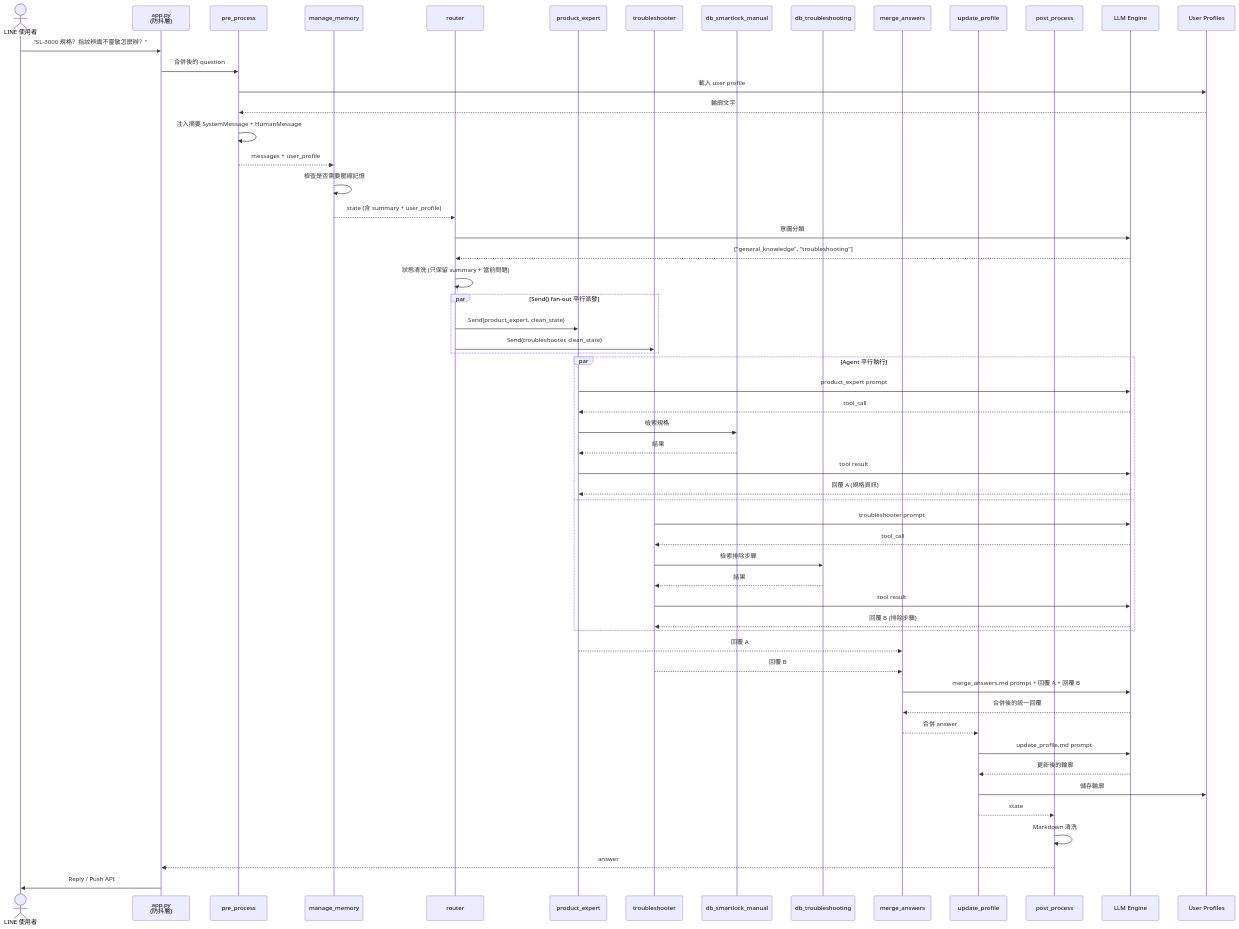
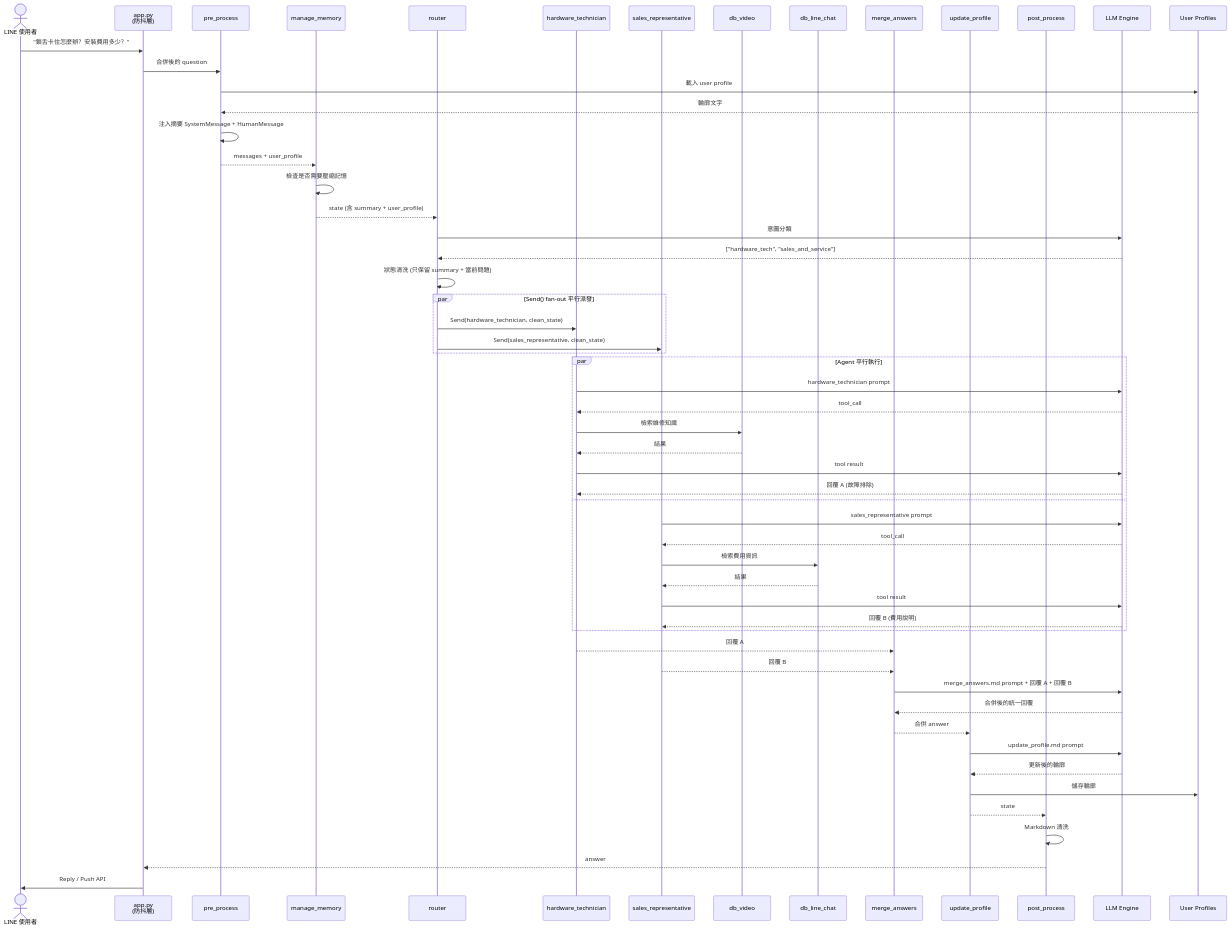
The third of 5 diagrams in docs/manuals/系統架構與流程圖.md (Imding1211/lock_AI_Agent), drawn with Mermaid before and after one commit. The commit also changed other lines of this file and 6 other files, not shown here.

First line of the commit message:
feat: DOWNLOAD_CARD 顯示檔案名稱 + 架構圖同步更新至現行 Agent 配置

````diff
--- a/docs/manuals/系統架構與流程圖.md
+++ b/docs/manuals/系統架構與流程圖.md
@@ -259,69 +265,69 @@
 ```mermaid
 sequenceDiagram
     actor User as LINE 使用者
     participant App as app.py<br/>(防抖層)
     participant PP as pre_process
     participant MM as manage_memory
     participant RT as router
-    participant PE as product_expert
-    participant TS as troubleshooter
-    participant Tool_PE as db_smartlock_manual
-    participant Tool_TS as db_troubleshooting
+    participant HT as hardware_technician
+    participant SR as sales_representative
+    participant Tool_HT as db_video
+    participant Tool_SR as db_line_chat
     participant MA as merge_answers
     participant UP as update_profile
     participant Post as post_process
     participant LLM as LLM Engine
     participant Profile as User Profiles
 
-    User->>App: "SL-3000 規格？指紋辨識不靈敏怎麼辦？"
+    User->>App: "鎖舌卡住怎麼辦？安裝費用多少？"
     App->>PP: 合併後的 question
 
     PP->>Profile: 載入 user profile
     Profile-->>PP: 輪廓文字
     PP->>PP: 注入摘要 SystemMessage + HumanMessage
     PP-->>MM: messages + user_profile
 
     MM->>MM: 檢查是否需要壓縮記憶
     MM-->>RT: state (含 summary + user_profile)
 
     RT->>LLM: 意圖分類
-    LLM-->>RT: ["general_knowledge", "troubleshooting"]
+    LLM-->>RT: ["hardware_tech", "sales_and_service"]
     RT->>RT: 狀態清洗 (只保留 summary + 當前問題)
 
     par Send() fan-out 平行派發
-        RT->>PE: Send(product_expert, clean_state)
-        RT->>TS: Send(troubleshooter, clean_state)
+        RT->>HT: Send(hardware_technician, clean_state)
+        RT->>SR: Send(sales_representative, clean_state)
     end
 
     par Agent 平行執行
-        PE->>LLM: product_expert prompt
-        LLM-->>PE: tool_call
-        PE->>Tool_PE: 檢索規格
-        Tool_PE-->>PE: 結果
-        PE->>LLM: tool result
-        LLM-->>PE: 回覆 A (規格資訊)
+        HT->>LLM: hardware_technician prompt
+        LLM-->>HT: tool_call
+        HT->>Tool_HT: 檢索維修知識
+        Tool_HT-->>HT: 結果
+        HT->>LLM: tool result
+        LLM-->>HT: 回覆 A (故障排除)
     and
-        TS->>LLM: troubleshooter prompt
-        LLM-->>TS: tool_call
-        TS->>Tool_TS: 檢索排除步驟
-        Tool_TS-->>TS: 結果
-        TS->>LLM: tool result
-        LLM-->>TS: 回覆 B (排除步驟)
+        SR->>LLM: sales_representative prompt
+        LLM-->>SR: tool_call
+        SR->>Tool_SR: 檢索費用資訊
+        Tool_SR-->>SR: 結果
+        SR->>LLM: tool result
+        LLM-->>SR: 回覆 B (費用說明)
     end
 
-    PE-->>MA: 回覆 A
-    TS-->>MA: 回覆 B
+    HT-->>MA: 回覆 A
+    SR-->>MA: 回覆 B
 
     MA->>LLM: merge_answers.md prompt + 回覆 A + 回覆 B
     LLM-->>MA: 合併後的統一回覆
 
     MA-->>UP: 合併 answer
     UP->>LLM: update_profile.md prompt
     LLM-->>UP: 更新後的輪廓
     UP->>Profile: 儲存輪廓
 
     UP-->>Post: state
     Post->>Post: Markdown 清洗
     Post-->>App: answer
     App->>User: Reply / Push API
 ```
````
